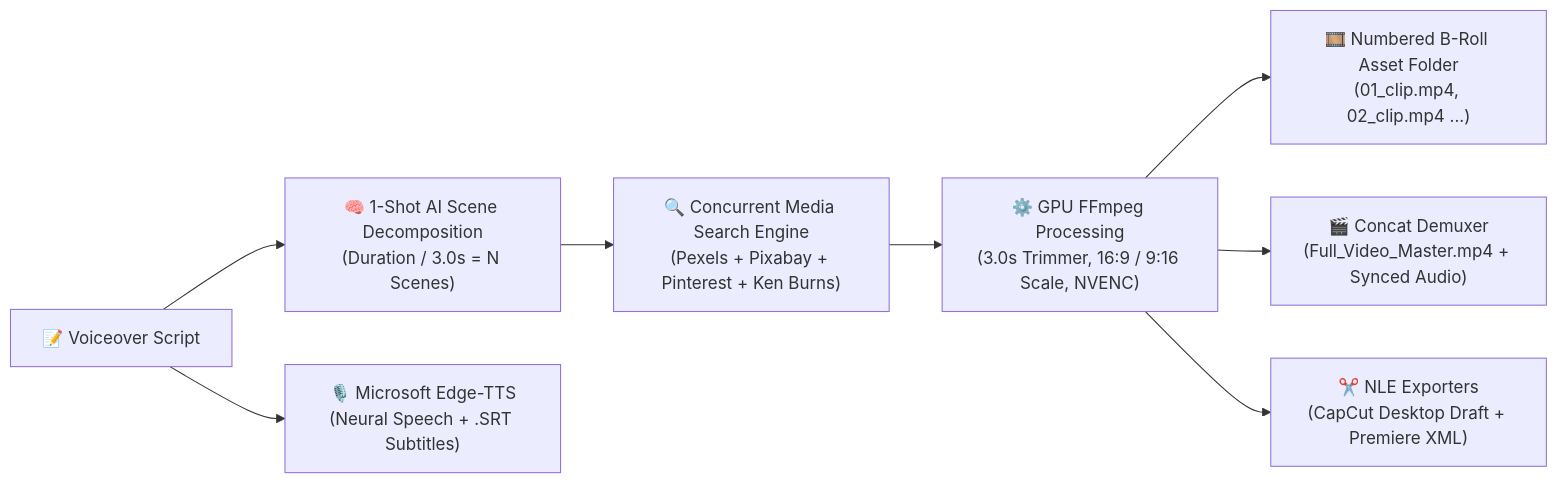
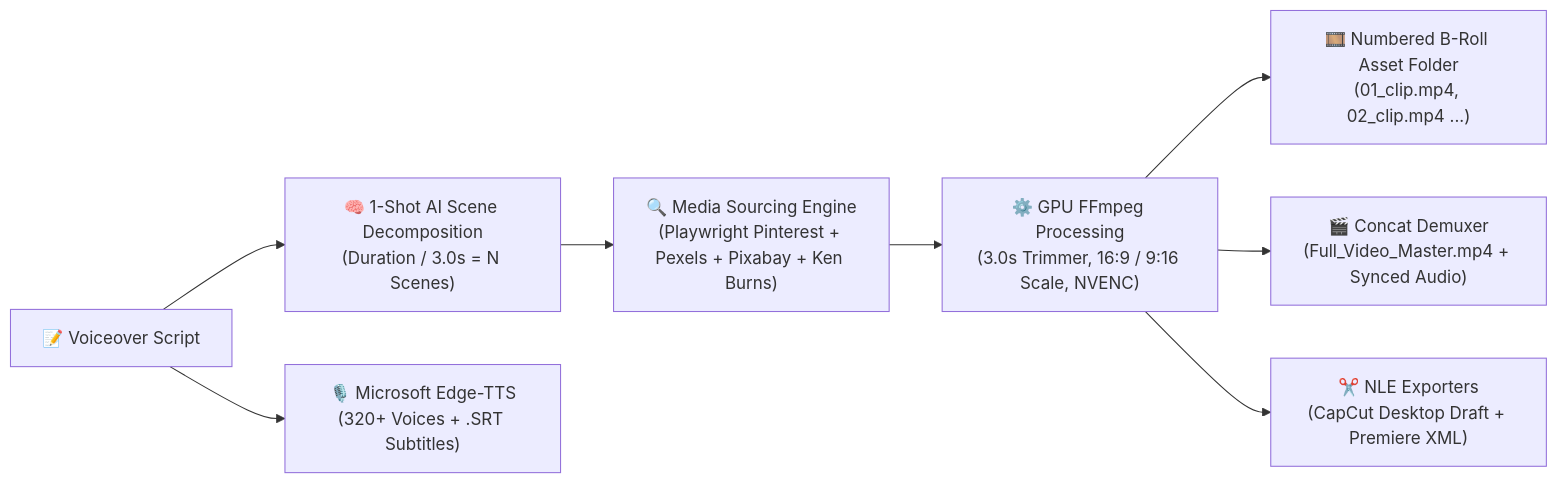
The diagram in README.md (AliRash3ed/Rotodraft-Suite-AI-Automated-Broll-and-AI-Assets-Collector-Engine), drawn with Mermaid before and after one commit. The commit also changed other lines of this file, not shown here.

Commit message:
Release: README.md (320+ Voices, Playwright Scraper, Lead Privacy & Owner Analytics)

````diff
--- a/README.md
+++ b/README.md
@@ -45,13 +48,13 @@
 ```mermaid
 flowchart LR
     A["📝 Voiceover Script"] --> B["🧠 1-Shot AI Scene Decomposition\n(Duration / 3.0s = N Scenes)"]
-    A --> C["🎙️ Microsoft Edge-TTS\n(Neural Speech + .SRT Subtitles)"]
+    A --> C["🎙️ Microsoft Edge-TTS\n(320+ Voices + .SRT Subtitles)"]
     
-    B --> D["🔍 Concurrent Media Search Engine\n(Pexels + Pixabay + Pinterest + Ken Burns)"]
+    B --> D["🔍 Media Sourcing Engine\n(Playwright Pinterest + Pexels + Pixabay + Ken Burns)"]
     
     D --> E["⚙️ GPU FFmpeg Processing\n(3.0s Trimmer, 16:9 / 9:16 Scale, NVENC)"]
     
     E --> F["🎞️ Numbered B-Roll Asset Folder\n(01_clip.mp4, 02_clip.mp4 ...)"]
     E --> G["🎬 Concat Demuxer\n(Full_Video_Master.mp4 + Synced Audio)"]
     E --> H["✂️ NLE Exporters\n(CapCut Desktop Draft + Premiere XML)"]
 ```
````
